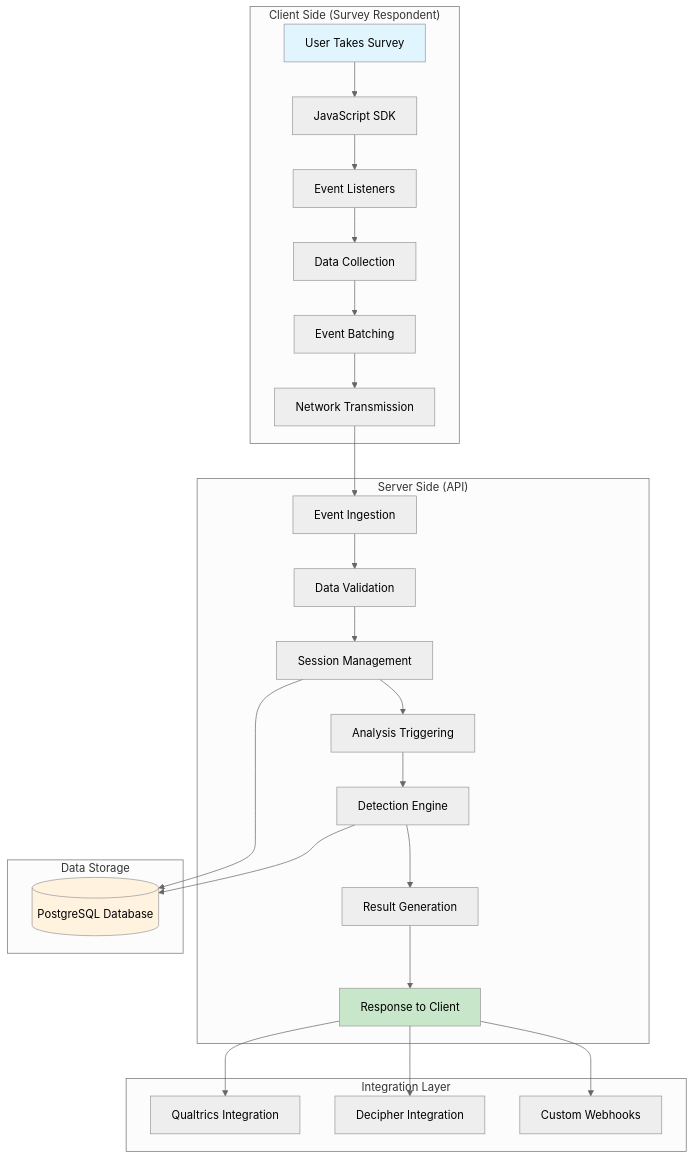
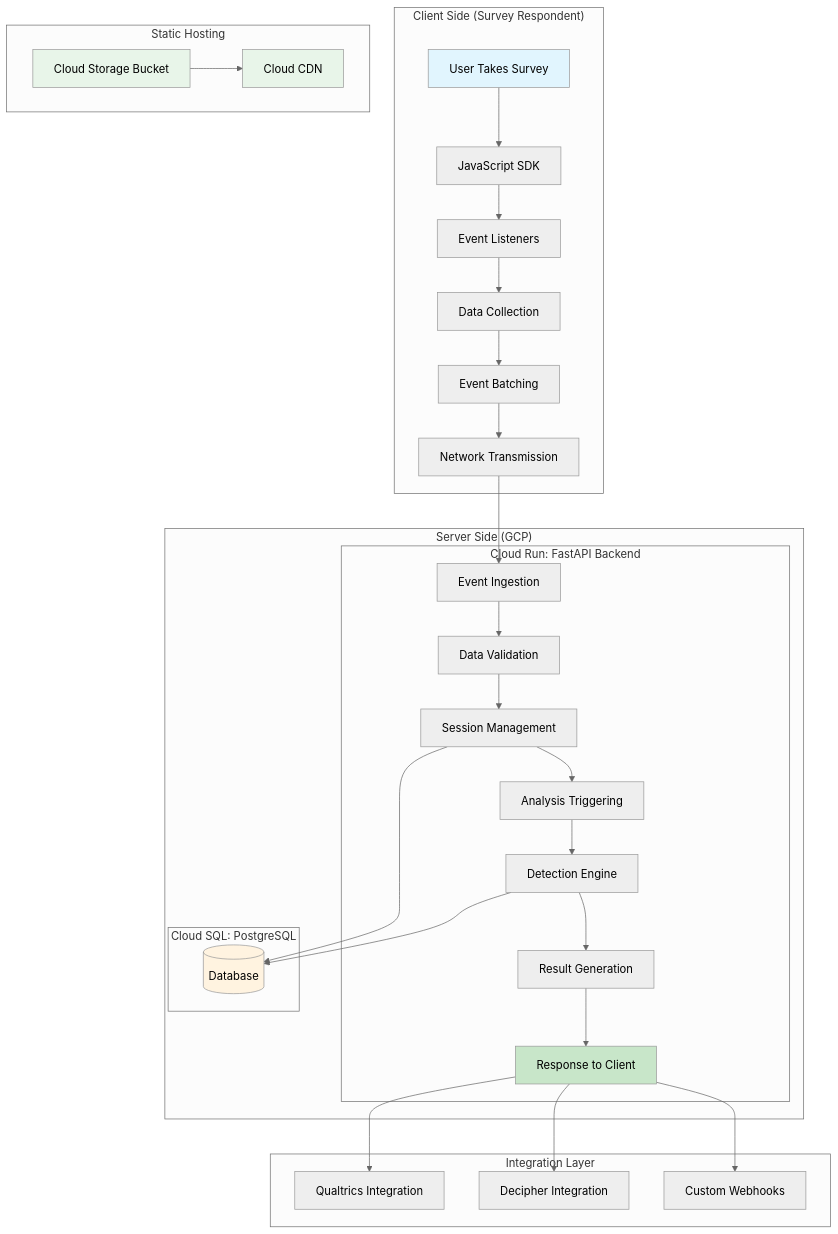
One commit to halderavik/bot_detection_live changed the first of 8 diagrams in bot_detection_flow.md. Above: the diagram before and after it, drawn with Mermaid (neutral theme). The commit also changed 16 other files, not shown here.

Commit message:
docs: update API, flow, methodology for production; add Decipher integration guide; update frontend config and deployment docs; GCP URLs and CDN setup

````diff
--- a/bot_detection_flow.md
+++ b/bot_detection_flow.md
@@ -5,39 +5,48 @@
 ```mermaid
 graph TB
     subgraph "Client Side (Survey Respondent)"
         A[User Takes Survey] --> B[JavaScript SDK]
         B --> C[Event Listeners]
         C --> D[Data Collection]
         D --> E[Event Batching]
         E --> F[Network Transmission]
     end
     
-    subgraph "Server Side (API)"
-        F --> G[Event Ingestion]
-        G --> H[Data Validation]
-        H --> I[Session Management]
-        I --> J[Analysis Triggering]
-        J --> K[Detection Engine]
-        K --> L[Result Generation]
-        L --> M[Response to Client]
+    subgraph "Server Side (GCP)"
+        subgraph "Cloud Run: FastAPI Backend"
+            F --> G[Event Ingestion]
+            G --> H[Data Validation]
+            H --> I[Session Management]
+            I --> J[Analysis Triggering]
+            J --> K[Detection Engine]
+            K --> L[Result Generation]
+            L --> M[Response to Client]
+        end
+        subgraph "Cloud SQL: PostgreSQL"
+            N[(Database)]
+        end
+        I --> N
+        K --> N
     end
     
-    subgraph "Data Storage"
-        N[(PostgreSQL Database)]
-        I --> N
-        K --> N
+    subgraph "Static Hosting"
+        R[Cloud Storage Bucket]
+        S[Cloud CDN]
+        R --> S
     end
     
     subgraph "Integration Layer"
         O[Qualtrics Integration]
         P[Decipher Integration]
         Q[Custom Webhooks]
         M --> O
         M --> P
         M --> Q
     end
     
     style A fill:#e1f5fe
     style M fill:#c8e6c9
     style N fill:#fff3e0
+    style R fill:#e8f5e9
+    style S fill:#e8f5e9
 ```
````
